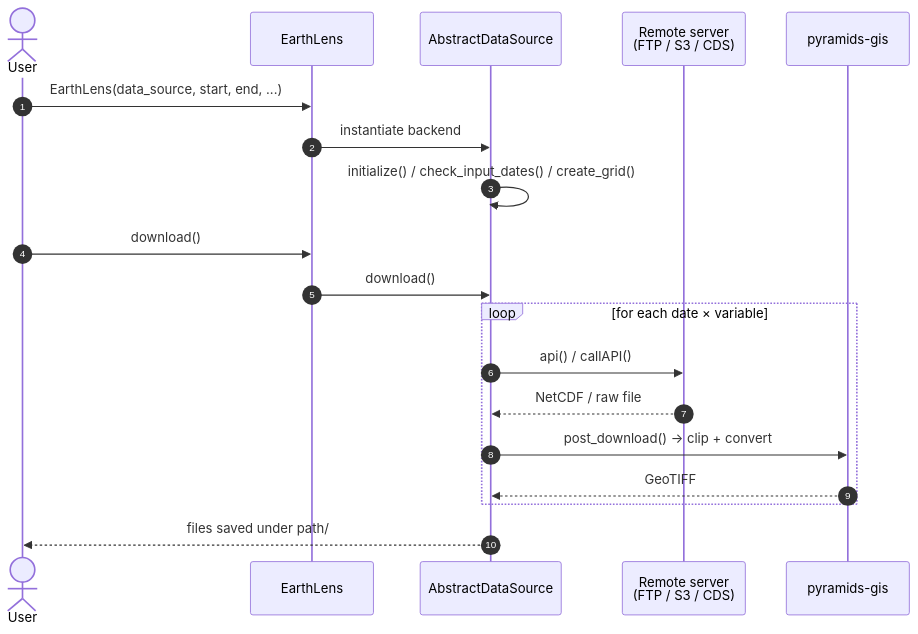
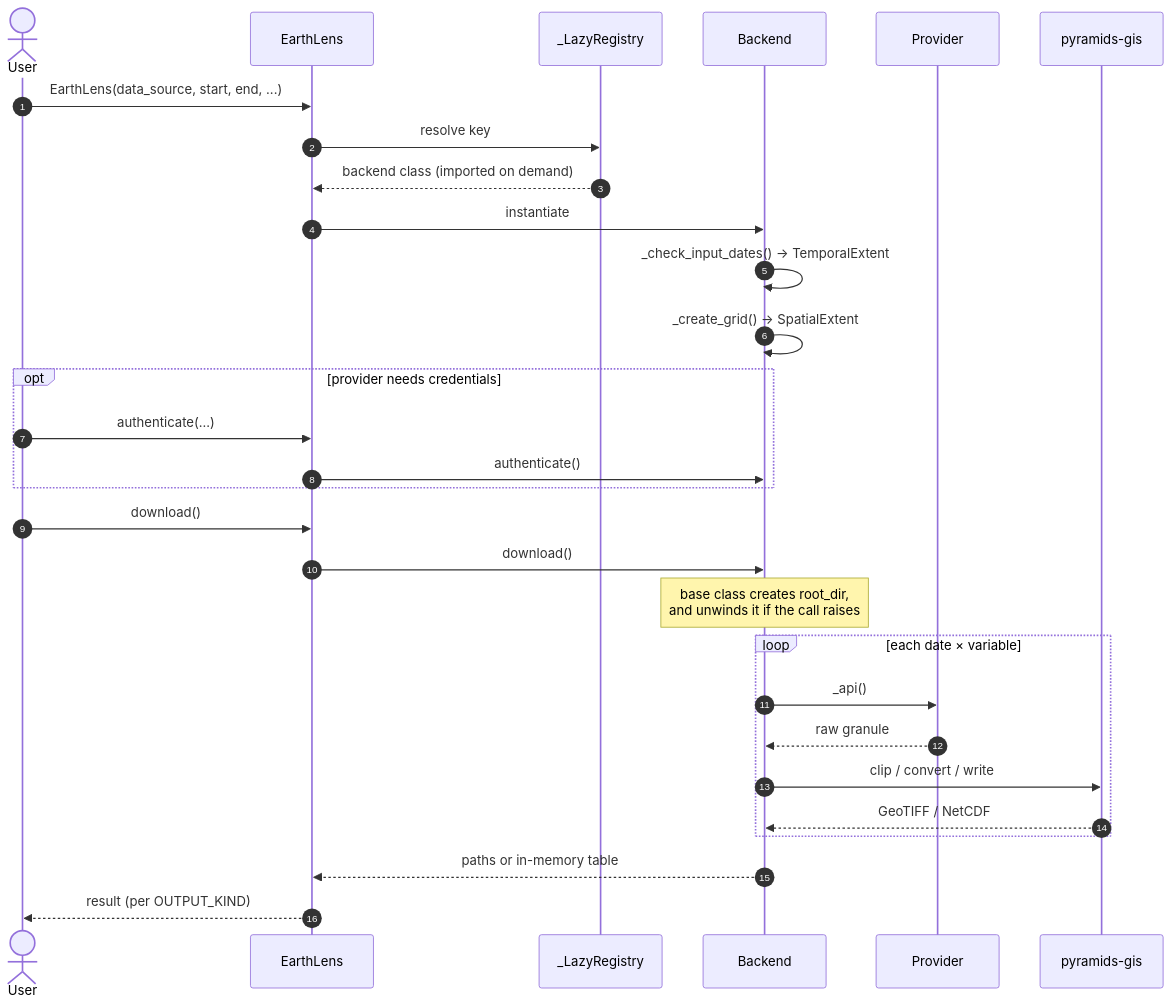
Before and after one commit to serapeum-org/earthlens: the fourth of 5 diagrams in docs/overview/architecture.md, drawn with Mermaid. The commit also changed other lines of this file and 138 other files, not shown here.

````diff
--- a/docs/overview/architecture.md
+++ b/docs/overview/architecture.md
@@ -144,22 +135,32 @@
 ```mermaid
 sequenceDiagram
     autonumber
     actor User
     participant Facade as EarthLens
-    participant DS as AbstractDataSource
-    participant Server as Remote server<br/>(FTP / S3 / CDS)
+    participant Registry as _LazyRegistry
+    participant DS as Backend
+    participant Server as Provider
     participant Pyramids as pyramids-gis
 
     User->>Facade: EarthLens(data_source, start, end, ...)
-    Facade->>DS: instantiate backend
-    DS->>DS: initialize() / check_input_dates() / create_grid()
+    Facade->>Registry: resolve key
+    Registry-->>Facade: backend class (imported on demand)
+    Facade->>DS: instantiate
+    DS->>DS: _check_input_dates() → TemporalExtent
+    DS->>DS: _create_grid() → SpatialExtent
+    opt provider needs credentials
+        User->>Facade: authenticate(...)
+        Facade->>DS: authenticate()
+    end
     User->>Facade: download()
     Facade->>DS: download()
-    loop for each date × variable
-        DS->>Server: api() / callAPI()
-        Server-->>DS: NetCDF / raw file
-        DS->>Pyramids: post_download() → clip + convert
-        Pyramids-->>DS: GeoTIFF
+    Note over DS: base class creates root_dir,<br/>and unwinds it if the call raises
+    loop each date × variable
+        DS->>Server: _api()
+        Server-->>DS: raw granule
+        DS->>Pyramids: clip / convert / write
+        Pyramids-->>DS: GeoTIFF / NetCDF
     end
-    DS-->>User: files saved under path/
+    DS-->>Facade: paths or in-memory table
+    Facade-->>User: result (per OUTPUT_KIND)
 ```
````
